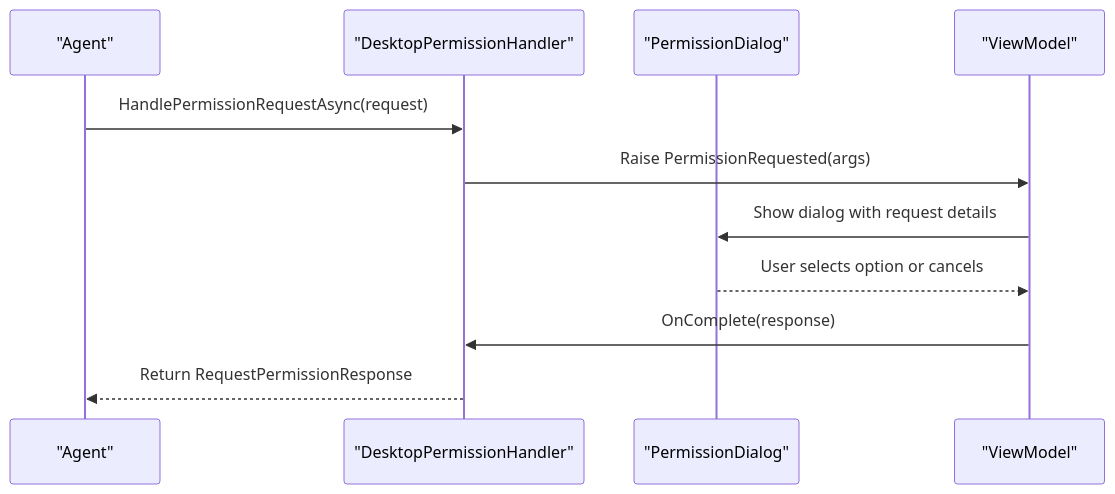
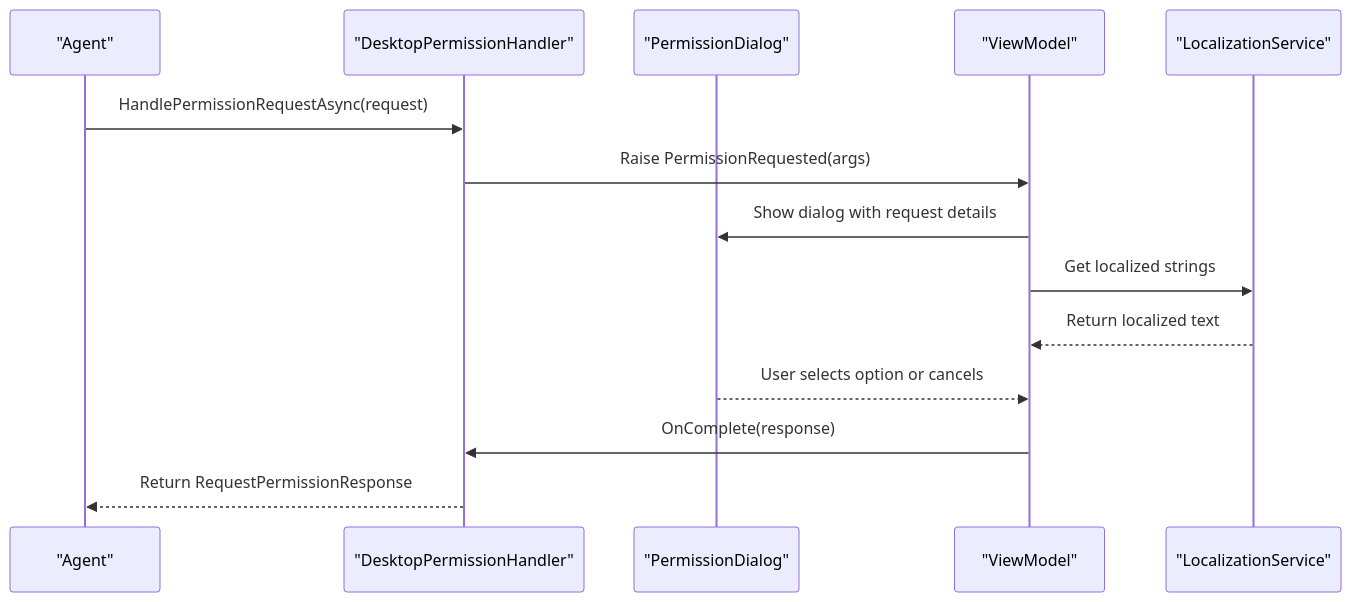
One commit to AgenticDesktop/App changed the second of 7 diagrams in .qoder/repowiki/en/content/API Reference/Services API/Services API.md. Above: the diagram before and after it, drawn with Mermaid. The commit also changed other lines of this file and 108 other files, not shown here.

````diff
--- a/.qoder/repowiki/en/content/API Reference/Services API/Services API.md
+++ b/.qoder/repowiki/en/content/API Reference/Services API/Services API.md
@@ -122,13 +135,16 @@
 ```mermaid
 sequenceDiagram
 participant Agent as "Agent"
 participant Handler as "DesktopPermissionHandler"
 participant UI as "PermissionDialog"
 participant VM as "ViewModel"
+participant LS as "LocalizationService"
 Agent->>Handler : HandlePermissionRequestAsync(request)
 Handler->>VM : Raise PermissionRequested(args)
 VM->>UI : Show dialog with request details
+VM->>LS : Get localized strings
+LS-->>VM : Return localized text
 UI-->>VM : User selects option or cancels
 VM->>Handler : OnComplete(response)
 Handler-->>Agent : Return RequestPermissionResponse
 ```
````
